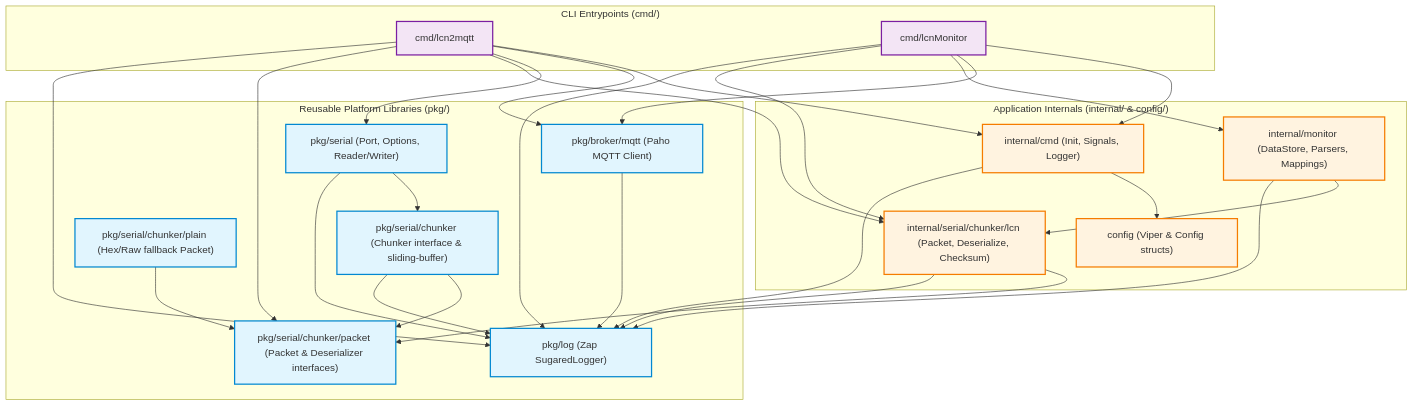
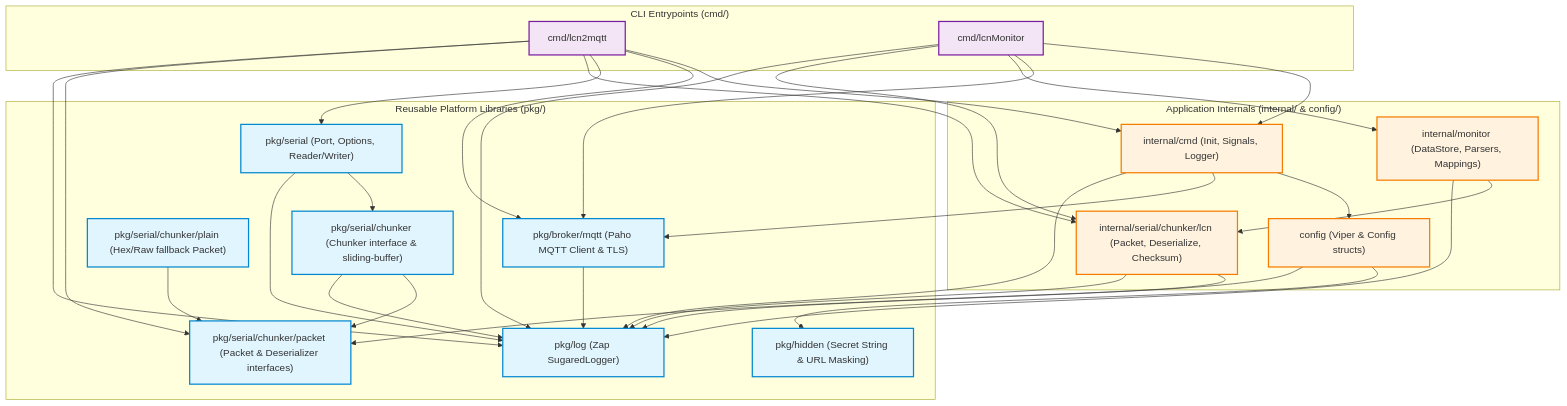
Before and after one commit to MyChaOS87/reverseLCN: the first of 3 diagrams in docs/ARCHITECTURE.md, drawn with Mermaid. The commit also changed other lines of this file and 6 other files, not shown here.

First line of the commit message:
chore(docs): update architecture, conventions, and testing documentation

````diff
--- a/docs/ARCHITECTURE.md
+++ b/docs/ARCHITECTURE.md
@@ -15,63 +15,68 @@
 ```mermaid
 flowchart TD
     subgraph CLI["CLI Entrypoints (cmd/)"]
         lcn2mqtt["cmd/lcn2mqtt"]
         lcnMonitor["cmd/lcnMonitor"]
     end
 
     subgraph Internal["Application Internals (internal/ & config/)"]
         cfg["config (Viper & Config structs)"]
         cmdInit["internal/cmd (Init, Signals, Logger)"]
         monitor["internal/monitor (DataStore, Parsers, Mappings)"]
         lcnProto["internal/serial/chunker/lcn (Packet, Deserialize, Checksum)"]
     end
 
     subgraph Pkg["Reusable Platform Libraries (pkg/)"]
         logPkg["pkg/log (Zap SugaredLogger)"]
-        mqttPkg["pkg/broker/mqtt (Paho MQTT Client)"]
+        hiddenPkg["pkg/hidden (Secret String & URL Masking)"]
+        mqttPkg["pkg/broker/mqtt (Paho MQTT Client & TLS)"]
         serialPkg["pkg/serial (Port, Options, Reader/Writer)"]
         chunkerPkg["pkg/serial/chunker (Chunker interface & sliding-buffer)"]
         packetPkg["pkg/serial/chunker/packet (Packet & Deserializer interfaces)"]
         plainPkg["pkg/serial/chunker/plain (Hex/Raw fallback Packet)"]
     end
 
     lcn2mqtt --> cmdInit
     lcn2mqtt --> mqttPkg
     lcn2mqtt --> serialPkg
     lcn2mqtt --> lcnProto
     lcn2mqtt --> packetPkg
     lcn2mqtt --> logPkg
 
     lcnMonitor --> cmdInit
     lcnMonitor --> mqttPkg
     lcnMonitor --> monitor
     lcnMonitor --> lcnProto
     lcnMonitor --> logPkg
 
     cmdInit --> cfg
+    cmdInit --> mqttPkg
     cmdInit --> logPkg
+
+    cfg --> hiddenPkg
+    cfg --> logPkg
 
     monitor --> lcnProto
     monitor --> logPkg
 
     lcnProto --> packetPkg
     lcnProto --> logPkg
 
     serialPkg --> chunkerPkg
     serialPkg --> logPkg
 
     chunkerPkg --> packetPkg
     chunkerPkg --> logPkg
 
     plainPkg --> packetPkg
 
     mqttPkg --> logPkg
 
     classDef pkgClass fill:#e1f5fe,stroke:#0288d1,stroke-width:2px;
     classDef internalClass fill:#fff3e0,stroke:#f57c00,stroke-width:2px;
     classDef cliClass fill:#f3e5f5,stroke:#7b1fa2,stroke-width:2px;
 
     class lcn2mqtt,lcnMonitor cliClass;
     class cfg,cmdInit,monitor,lcnProto internalClass;
-    class logPkg,mqttPkg,serialPkg,chunkerPkg,packetPkg,plainPkg pkgClass;
+    class logPkg,hiddenPkg,mqttPkg,serialPkg,chunkerPkg,packetPkg,plainPkg pkgClass;
 ```
````
